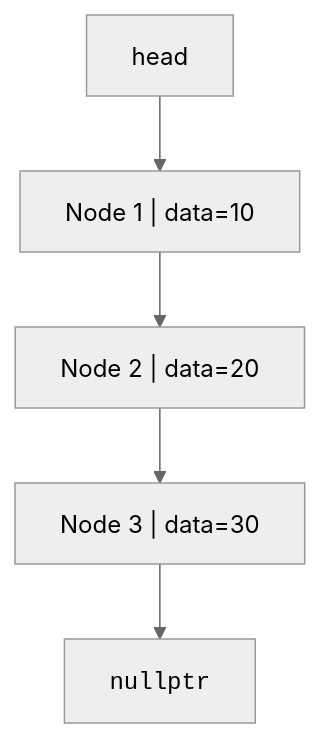
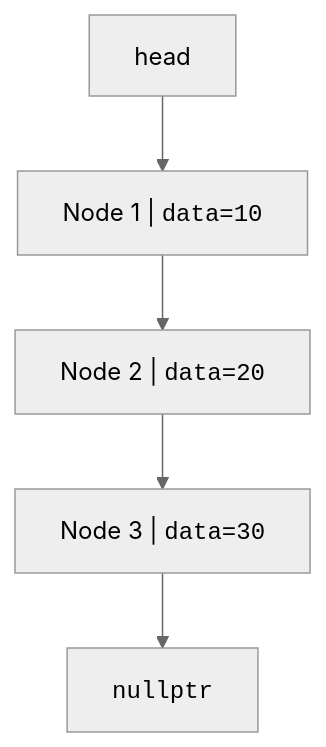
One commit to dataslope/dataslope changed the diagram in content/learn/mastering-dsa-cpp/linked-lists.mdx. Above: the diagram before and after it, drawn with Mermaid (neutral theme). The commit also changed 100 other files, not shown here.

First line of the commit message:
Wrap more code in diagram labels: filenames, hex, assignments, subgraph titles

````diff
--- a/content/learn/mastering-dsa-cpp/linked-lists.mdx
+++ b/content/learn/mastering-dsa-cpp/linked-lists.mdx
@@ -32,7 +32,7 @@
 ```mermaid
 flowchart TD
-    H["head"] --> N1["Node 1 | data=10"]
-    N1 --> N2["Node 2 | data=20"]
-    N2 --> N3["Node 3 | data=30"]
+    H["head"] --> N1["Node 1 | <code>data=10</code>"]
+    N1 --> N2["Node 2 | <code>data=20</code>"]
+    N2 --> N3["Node 3 | <code>data=30</code>"]
     N3 --> Z["<code>nullptr</code>"]
 ```
````
